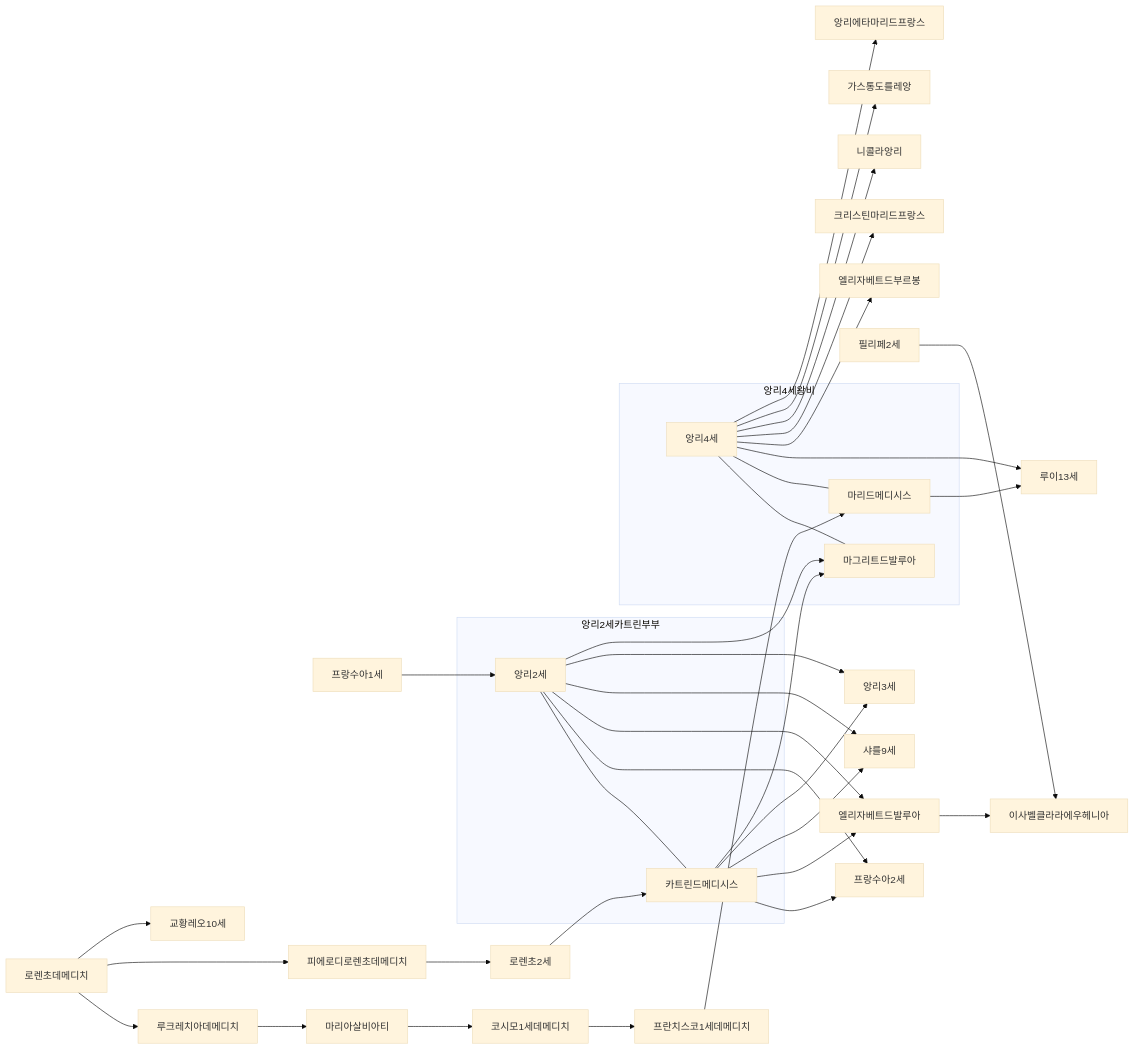
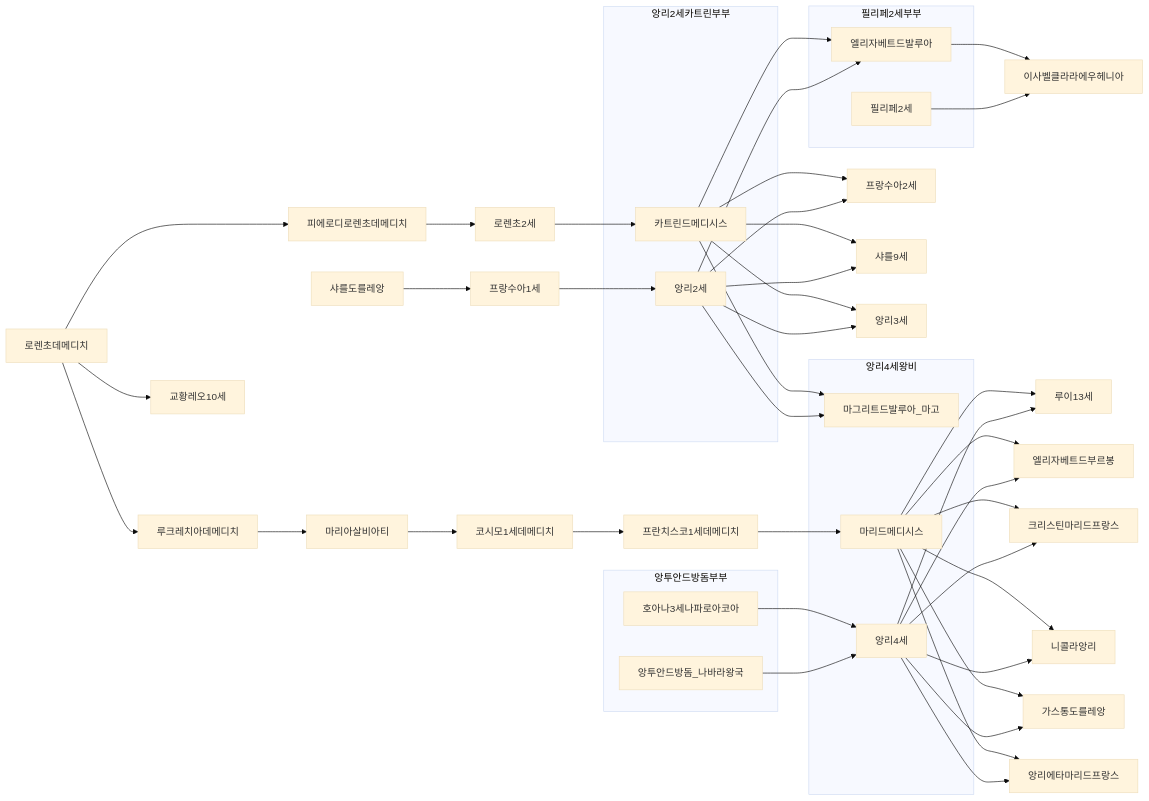
The diagram in 세계사/프랑스왕가메디치왕가.md (daewonyoon/historigram), drawn with Mermaid (base theme) before and after one commit. The commit also changed 1 other file, not shown here.

Commit message:
헨리8, 메디치, 프랑스왕가

````diff
--- a/세계사/프랑스왕가메디치왕가.md
+++ b/세계사/프랑스왕가메디치왕가.md
@@ -2,43 +2,64 @@
 ```mermaid
 graph LR
- 프랑수아1세 --> 앙리2세
+ 샤를도를레앙 --> 프랑수아1세 --> 앙리2세
  로렌초2세 --> 카트린드메디시스
  subgraph 앙리2세카트린부부
-    앙리2세 --- 카트린드메디시스
- end 
+    앙리2세 
+    카트린드메디시스
+ end
  앙리2세  --> 프랑수아2세
  앙리2세  --> 엘리자베트드발루아
  앙리2세  --> 샤를9세
  앙리2세  --> 앙리3세
- 
- 앙리2세  --> 마그리트드발루아
+ 앙리2세  --> 마그리트드발루아_마고
+
  카트린드메디시스  --> 프랑수아2세
  카트린드메디시스  --> 엘리자베트드발루아
  카트린드메디시스  --> 샤를9세
  카트린드메디시스  --> 앙리3세
- 카트린드메디시스  --> 마그리트드발루아
+ 카트린드메디시스  --> 마그리트드발루아_마고
 
- 필리페2세 --> 이사벨클라라에우헤니아
- 엘리자베트드발루아 --> 이사벨클라라에우헤니아
+ 앙투안드방돔_나바라왕국 --> 앙리4세
+ 호아나3세나파로아코아 --> 앙리4세
+
+ subgraph 앙투안드방돔부부
+ 앙투안드방돔_나바라왕국
+ 호아나3세나파로아코아
+ end
 
  subgraph 앙리4세왕비    
-    앙리4세 --- 마그리트드발루아
-    앙리4세 --- 마리드메디시스
+    앙리4세
+    마그리트드발루아_마고
+    마리드메디시스
+ end
+
+ subgraph 필리페2세부부
+    필리페2세
+    엘리자베트드발루아
  end
 
  로렌초데메디치 --> 루크레치아데메디치 --> 마리아살비아티 --> 코시모1세데메디치
  
  로렌초데메디치 --> 피에로디로렌초데메디치 --> 로렌초2세
  로렌초데메디치 --> 교황레오10세
 
  코시모1세데메디치 --> 프란치스코1세데메디치 --> 마리드메디시스
 
  앙리4세 --> 루이13세
  마리드메디시스 --> 루이13세
  앙리4세 --> 엘리자베트드부르봉
  앙리4세 --> 크리스틴마리드프랑스
  앙리4세 --> 니콜라앙리
  앙리4세 --> 가스통도를레앙
  앙리4세 --> 앙리에타마리드프랑스
+ 마리드메디시스 --> 엘리자베트드부르봉
+ 마리드메디시스 --> 크리스틴마리드프랑스
+ 마리드메디시스 --> 니콜라앙리
+ 마리드메디시스 --> 가스통도를레앙
+ 마리드메디시스 --> 앙리에타마리드프랑스
+
+ 
+ 필리페2세 --> 이사벨클라라에우헤니아
+ 엘리자베트드발루아 --> 이사벨클라라에우헤니아
 
 ```
````
